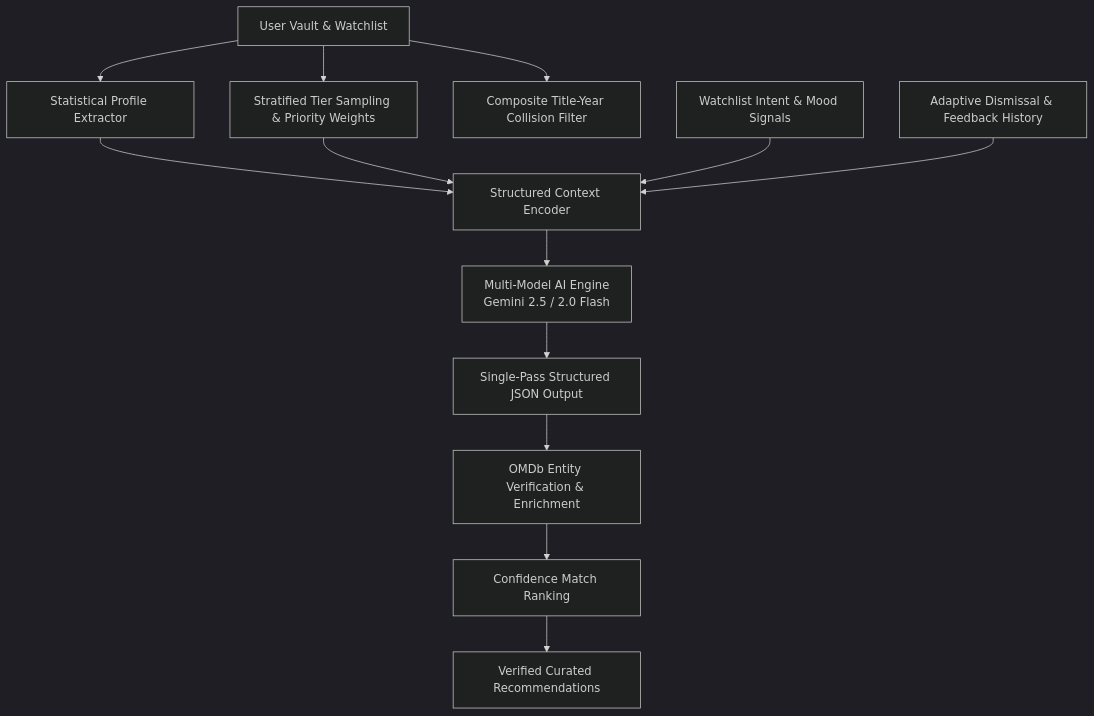
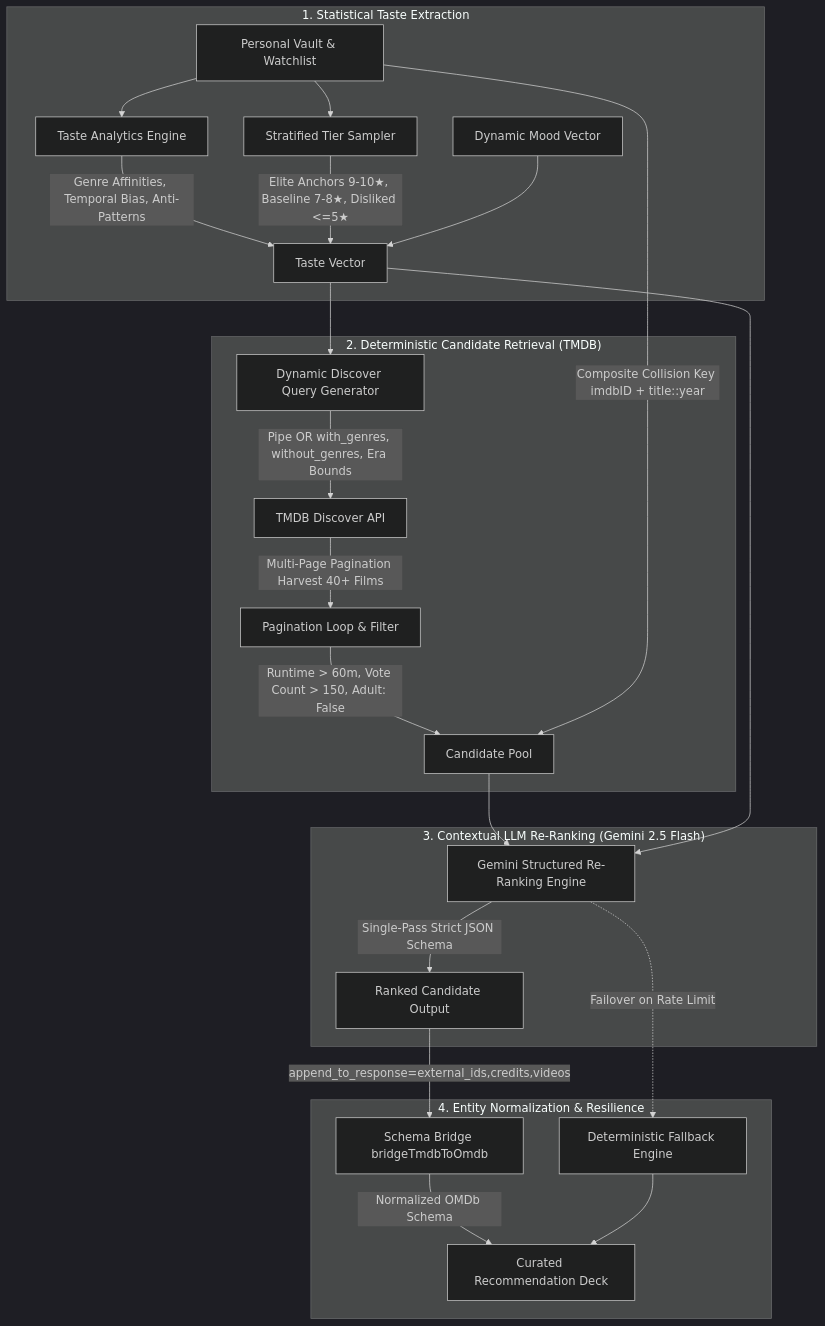
The diagram in README.md (khuzaima175/React-Movie-Original), drawn with Mermaid (dark theme) before and after one commit. The commit also changed other lines of this file and 3 other files, not shown here.

Commit message:
feat: complete v2.0 TMDB+Gemini engine architecture documentation & polish Vault Data Manager modal

````diff
--- a/README.md
+++ b/README.md
@@ -35,15 +35,31 @@
 ```mermaid
-graph TD
-    A[User Vault & Watchlist] --> B[Statistical Profile Extractor]
-    A --> C[Stratified Tier Sampling & Priority Weights]
-    A --> D[Composite Title-Year Collision Filter]
-    B --> E[Structured Context Encoder]
-    C --> E
-    F[Watchlist Intent & Mood Signals] --> E
-    G[Adaptive Dismissal & Feedback History] --> E
-    E --> H[Multi-Model AI Engine\nGemini 2.5 / 2.0 Flash]
-    H --> I[Single-Pass Structured JSON Output]
-    I --> J[OMDb Entity Verification & Enrichment]
-    J --> K[Confidence Match Ranking]
-    K --> L[Verified Curated Recommendations]
+flowchart TD
+    subgraph UserProfile ["1. Statistical Taste Extraction"]
+        V[Personal Vault & Watchlist] --> ST[Stratified Tier Sampler]
+        V --> TP[Taste Analytics Engine]
+        TP -->|Genre Affinities, Temporal Bias, Anti-Patterns| TV[Taste Vector]
+        ST -->|Elite Anchors 9-10★, Baseline 7-8★, Disliked <=5★| TV
+        MB[Dynamic Mood Vector] --> TV
+    end
+
+    subgraph Stage1 ["2. Deterministic Candidate Retrieval (TMDB)"]
+        TV --> QG[Dynamic Discover Query Generator]
+        QG -->|Pipe OR with_genres, without_genres, Era Bounds| TMDB[TMDB Discover API]
+        TMDB -->|Multi-Page Pagination Harvest 40+ Films| PL[Pagination Loop & Filter]
+        PL -->|Runtime > 60m, Vote Count > 150, Adult: False| CF[Candidate Pool]
+        V -->|Composite Collision Key imdbID + title::year| CF
+    end
+
+    subgraph Stage2 ["3. Contextual LLM Re-Ranking (Gemini 2.5 Flash)"]
+        CF --> GRR[Gemini Structured Re-Ranking Engine]
+        TV --> GRR
+        GRR -->|Single-Pass Strict JSON Schema| RR[Ranked Candidate Output]
+    end
+
+    subgraph Stage3 ["4. Entity Normalization & Resilience"]
+        RR -->|append_to_response=external_ids,credits,videos| SB[Schema Bridge bridgeTmdbToOmdb]
+        SB -->|Normalized OMDb Schema| UI[Curated Recommendation Deck]
+        GRR -.->|Failover on Rate Limit| DET[Deterministic Fallback Engine]
+        DET --> UI
+    end
 ```
````
